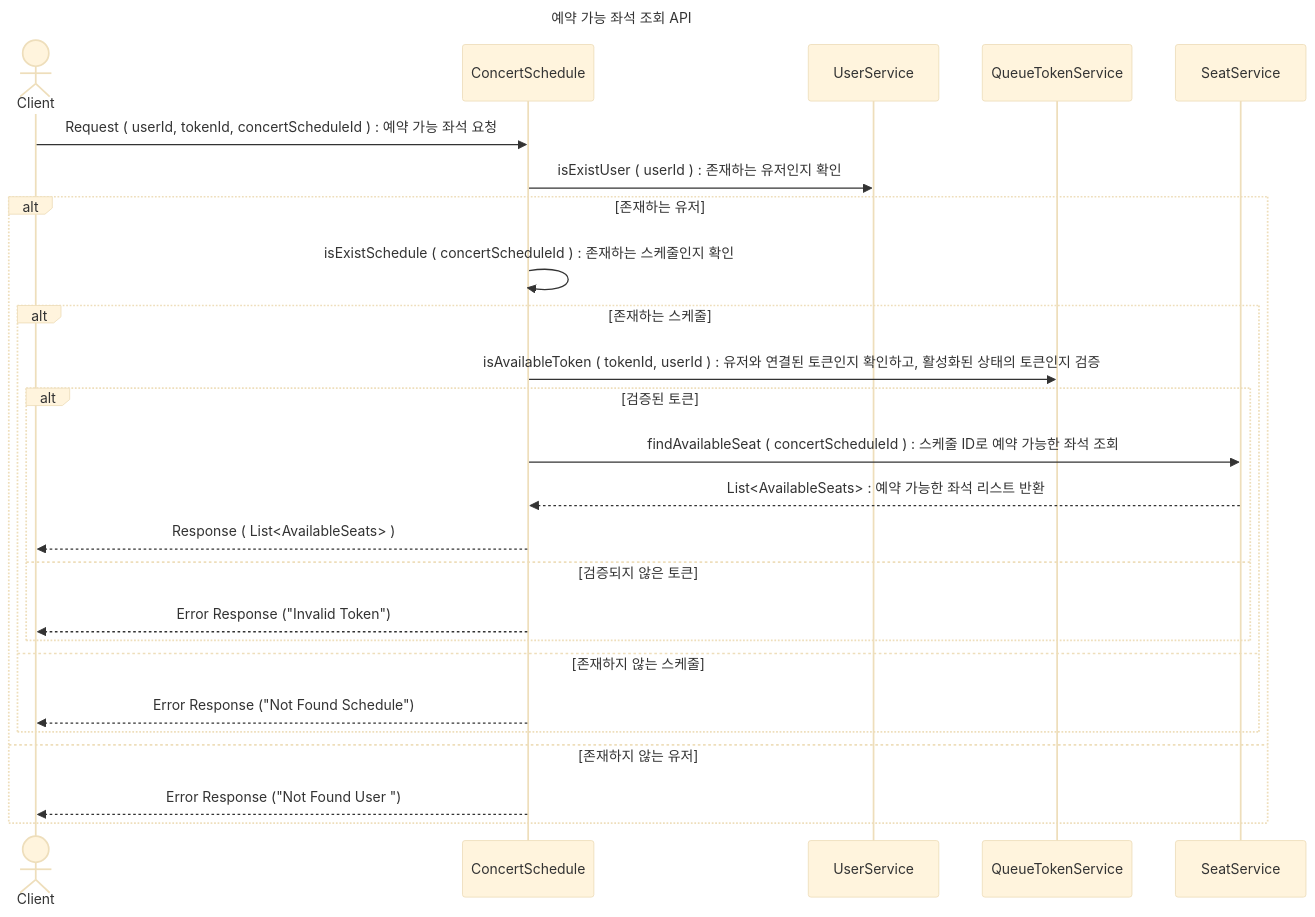
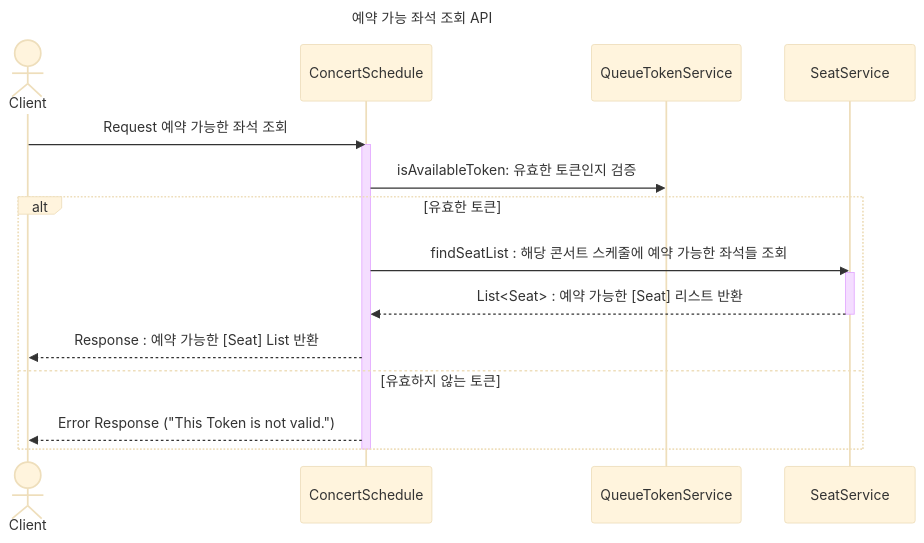
Before and after one commit to GustavEiffels/hhplus_server_build: the diagram in design/sequence_diagram/예약_가능_좌석_조회_API.md, drawn with Mermaid (base theme). The commit also changed 8 other files, not shown here.

Commit message:
[fix] 문서 수정 : sequece diagram

````diff
--- a/design/sequence_diagram/예약_가능_좌석_조회_API.md
+++ b/design/sequence_diagram/예약_가능_좌석_조회_API.md
@@ -1,38 +1,33 @@
 ```mermaid
 ---
 title: 예약 가능 좌석 조회 API  
 ---
 sequenceDiagram
-    Actor cl as Client
-    participant sch as ConcertSchedule
-    participant us as UserService
-    participant qu as QueueTokenService 
-    participant se as SeatService 
+    Actor c as Client
+    participant cs as ConcertSchedule
+    participant q as QueueTokenService 
+    participant s as SeatService 
     
-    cl->>sch : Request ( userId, tokenId, concertScheduleId ) : 예약 가능 좌석 요청 
-    sch->>us : isExistUser ( userId ) : 존재하는 유저인지 확인 
+    c->>cs : Request 예약 가능한 좌석 조회  
+    activate cs
 
-    alt 존재하는 유저
-        sch->>sch: isExistSchedule ( concertScheduleId ) : 존재하는 스케줄인지 확인 
-        alt 존재하는 스케줄 
-            sch->>qu : isAvailableToken ( tokenId, userId ) : 유저와 연결된 토큰인지 확인하고, 활성화된 상태의 토큰인지 검증
+    cs->>q : isAvailableToken: 유효한 토큰인지 검증  
 
-            alt 검증된 토큰 
-                sch->>se : findAvailableSeat ( concertScheduleId ) : 스케줄 ID로 예약 가능한 좌석 조회
-                se-->>sch : List<AvailableSeats> : 예약 가능한 좌석 리스트 반환
-                sch-->>cl : Response ( List<AvailableSeats> )
+    alt 유효한 토큰
+        cs->>s   : findSeatList : 해당 콘서트 스케줄에 예약 가능한 좌석들 조회
+        activate s
 
-            else 검증되지 않은 토큰 
-                sch-->> cl : Error Response ("Invalid Token")
-            end 
+        s-->> cs : List<Seat> : 예약 가능한 [Seat] 리스트 반환  
+        deactivate s
 
-        else 존재하지 않는 스케줄 
-            sch-->> cl : Error Response ("Not Found Schedule")
-        end
+        cs-->> c : Response : 예약 가능한 [Seat] List 반환 
 
-    else 존재하지 않는 유저 
-    
-        sch-->>cl :  Error Response ("Not Found User ")
-    end 
-                   
+    else 유효하지 않는 토큰
+    cs-->>c : Error Response ("This Token is not valid.")
+
+    end
+
+    deactivate cs
+
+
 ```
````
